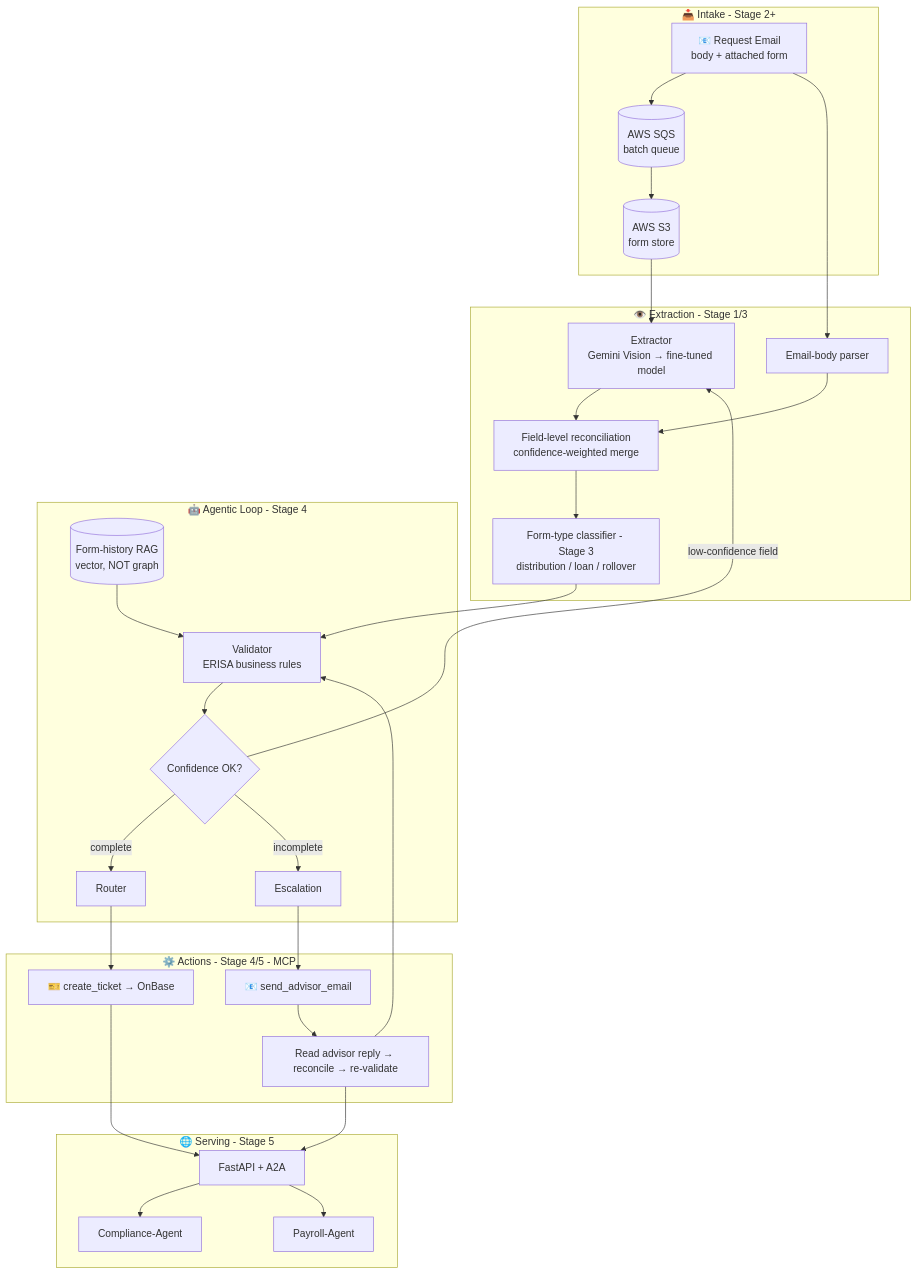
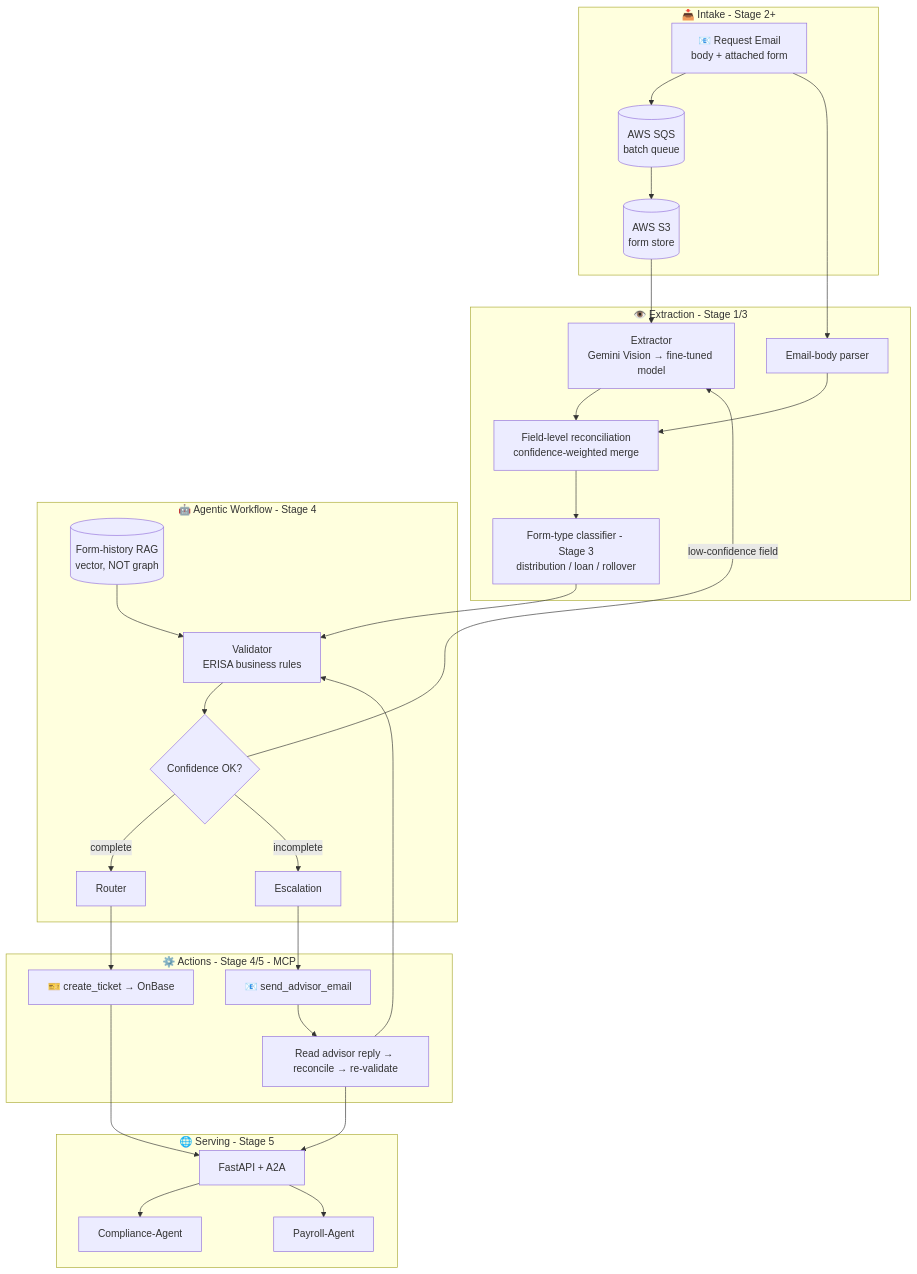
One commit to manuel-reyes-ml/data-portfolio changed the diagram in project_scopes/FORMSENSE_DISTRIBUTION_SCOPE_v1_7_FULL_PRODUCTION.md. Above: the diagram before and after it, drawn with Mermaid. The commit also changed other lines of this file, not shown here.

Commit message:
docs(scope): update FormSense project scope to reflect v1.8 changelog — architecture vocabulary reconciled (no scope/behavior change).

````diff
--- a/project_scopes/FORMSENSE_DISTRIBUTION_SCOPE_v1_7_FULL_PRODUCTION.md
+++ b/project_scopes/FORMSENSE_DISTRIBUTION_SCOPE_v1_7_FULL_PRODUCTION.md
@@ -100,38 +102,38 @@
 ```mermaid
 flowchart TB
     subgraph Intake[📥 Intake - Stage 2+]
         E[📧 Request Email<br/>body + attached form] --> Q[(AWS SQS<br/>batch queue)]
         Q --> S3[(AWS S3<br/>form store)]
     end
 
     subgraph Extract[👁️ Extraction - Stage 1/3]
         S3 --> EX[Extractor<br/>Gemini Vision → fine-tuned model]
         E --> EB[Email-body parser]
         EX --> REC[Field-level reconciliation<br/>confidence-weighted merge]
         EB --> REC
         REC --> CLS[Form-type classifier - Stage 3<br/>distribution / loan / rollover]
     end
 
-    subgraph Reason[🤖 Agentic Loop - Stage 4]
+    subgraph Reason[🤖 Agentic Workflow - Stage 4]
         CLS --> VAL[Validator<br/>ERISA business rules]
         VAL --> CHK{Confidence OK?}
         CHK -->|low-confidence field| EX
         CHK -->|complete| ROUTE[Router]
         CHK -->|incomplete| ESC[Escalation]
         HIST[(Form-history RAG<br/>vector, NOT graph)] --> VAL
     end
 
     subgraph Act[⚙️ Actions - Stage 4/5 - MCP]
         ROUTE --> TICKET[🎫 create_ticket → OnBase]
         ESC --> EMAIL[📧 send_advisor_email]
         EMAIL --> REPLY[Read advisor reply → reconcile → re-validate]
         REPLY --> VAL
     end
 
     subgraph Serve[🌐 Serving - Stage 5]
         TICKET --> API[FastAPI + A2A]
         REPLY --> API
         API --> COMP[Compliance-Agent]
         API --> PAY[Payroll-Agent]
     end
 ```
````
